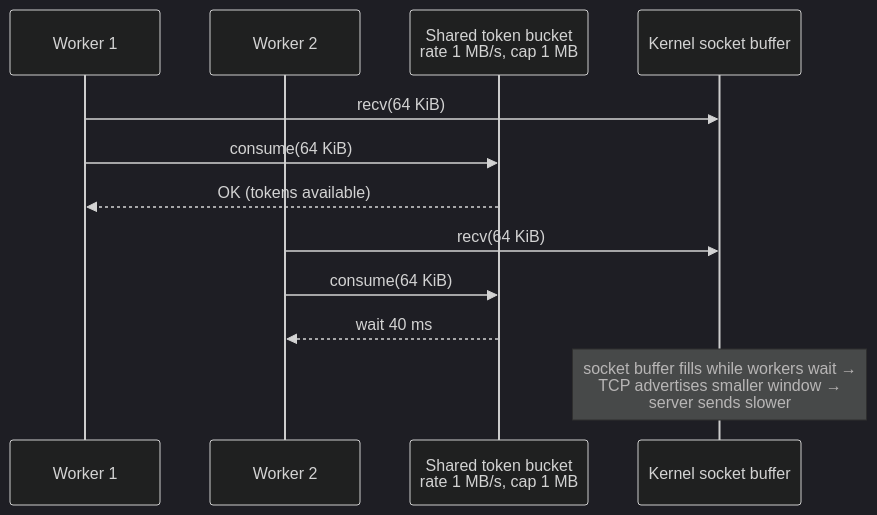
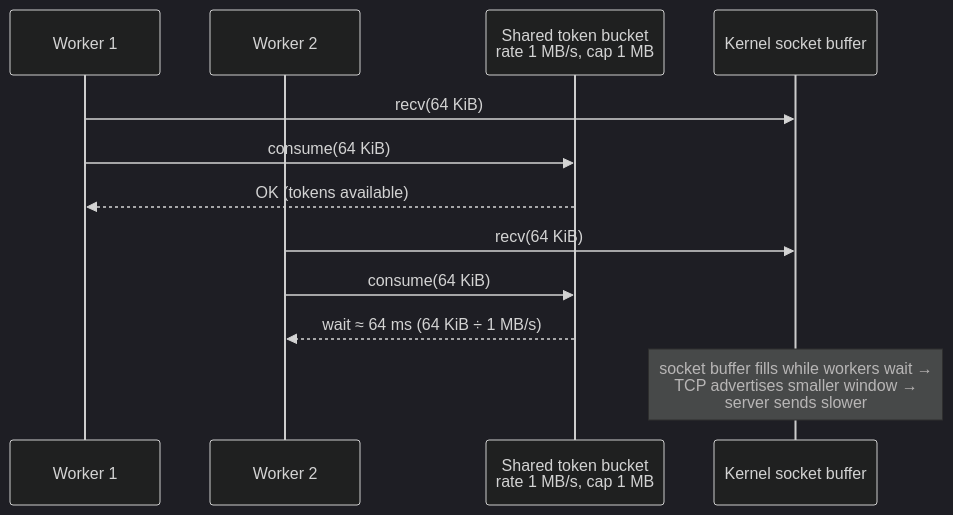
One commit to Fatalshears/GlitchGallery changed the diagram in content/features/bandwidth-limiting.md. Above: the diagram before and after it, drawn with Mermaid (dark theme). The commit also changed 14 other files, not shown here.

````diff
--- a/content/features/bandwidth-limiting.md
+++ b/content/features/bandwidth-limiting.md
@@ -28,14 +28,14 @@
 ```mermaid
 sequenceDiagram
   participant W1 as Worker 1
   participant W2 as Worker 2
   participant TB as Shared token bucket<br/>rate 1 MB/s, cap 1 MB
   participant K as Kernel socket buffer
   W1->>K: recv(64 KiB)
   W1->>TB: consume(64 KiB)
   TB-->>W1: OK (tokens available)
   W2->>K: recv(64 KiB)
   W2->>TB: consume(64 KiB)
-  TB-->>W2: wait 40 ms
+  TB-->>W2: wait ≈ 64 ms (64 KiB ÷ 1 MB/s)
   Note over K: socket buffer fills while workers wait →<br/>TCP advertises smaller window →<br/>server sends slower
 ```
````
